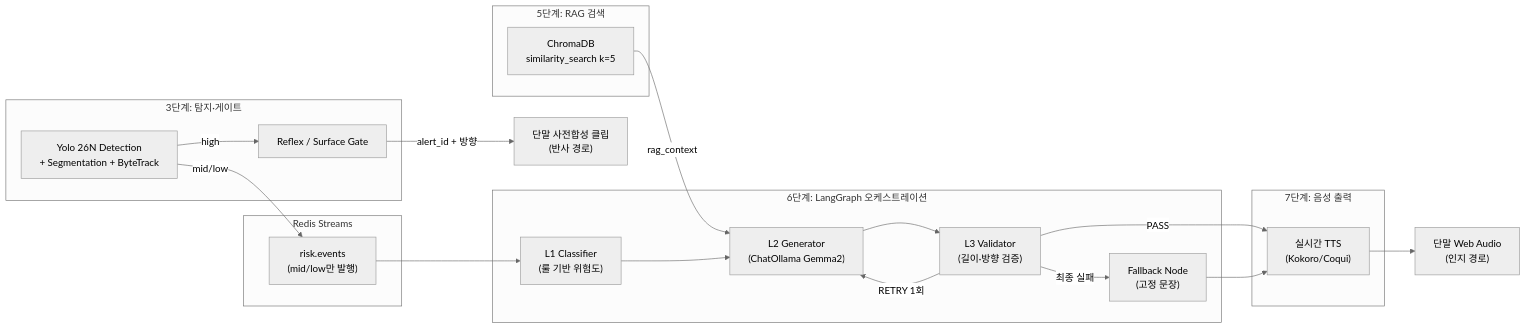
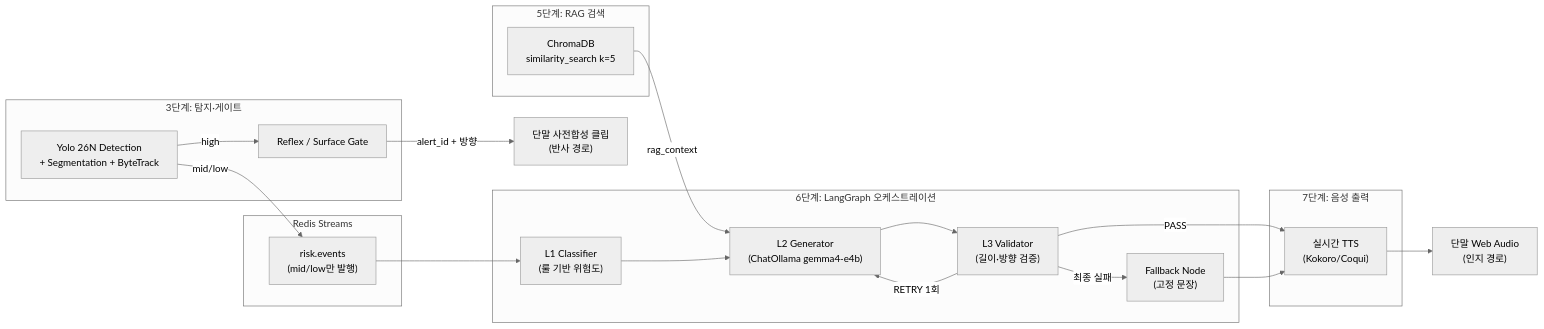
Before and after one commit to Groog-sudo/Minchodan: the first of 2 diagrams in docs/stage6_orchestration_design.md, drawn with Mermaid (neutral theme). The commit also changed other lines of this file and 19 other files, not shown here.

````diff
--- a/docs/stage6_orchestration_design.md
+++ b/docs/stage6_orchestration_design.md
@@ -28,39 +28,39 @@
 ```mermaid
 graph LR
     subgraph Stage3 ["3단계: 탐지·게이트"]
         Det["Yolo 26N Detection<br/>+ Segmentation + ByteTrack"]
         Gate["Reflex / Surface Gate"]
     end
 
     subgraph Bus ["Redis Streams"]
         Stream["risk.events<br/>(mid/low만 발행)"]
     end
 
     subgraph Stage5 ["5단계: RAG 검색"]
         RAG["ChromaDB<br/>similarity_search k=5"]
     end
 
     subgraph Stage6 ["6단계: LangGraph 오케스트레이션"]
         L1["L1 Classifier<br/>(룰 기반 위험도)"]
-        L2["L2 Generator<br/>(ChatOllama Gemma2)"]
+        L2["L2 Generator<br/>(ChatOllama gemma4-e4b)"]
         L3["L3 Validator<br/>(길이·방향 검증)"]
         FB["Fallback Node<br/>(고정 문장)"]
     end
 
     subgraph Stage7 ["7단계: 음성 출력"]
         TTS["실시간 TTS<br/>(Kokoro/Coqui)"]
     end
 
     Det -->|"high"| Gate
     Gate -->|"alert_id + 방향"| Phone1["단말 사전합성 클립<br/>(반사 경로)"]
     Det -->|"mid/low"| Stream
     Stream --> L1
     RAG -->|"rag_context"| L2
     L1 --> L2
     L2 --> L3
     L3 -->|"PASS"| TTS
     L3 -->|"RETRY 1회"| L2
     L3 -->|"최종 실패"| FB
     FB --> TTS
     TTS --> Phone2["단말 Web Audio<br/>(인지 경로)"]
 ```
````
